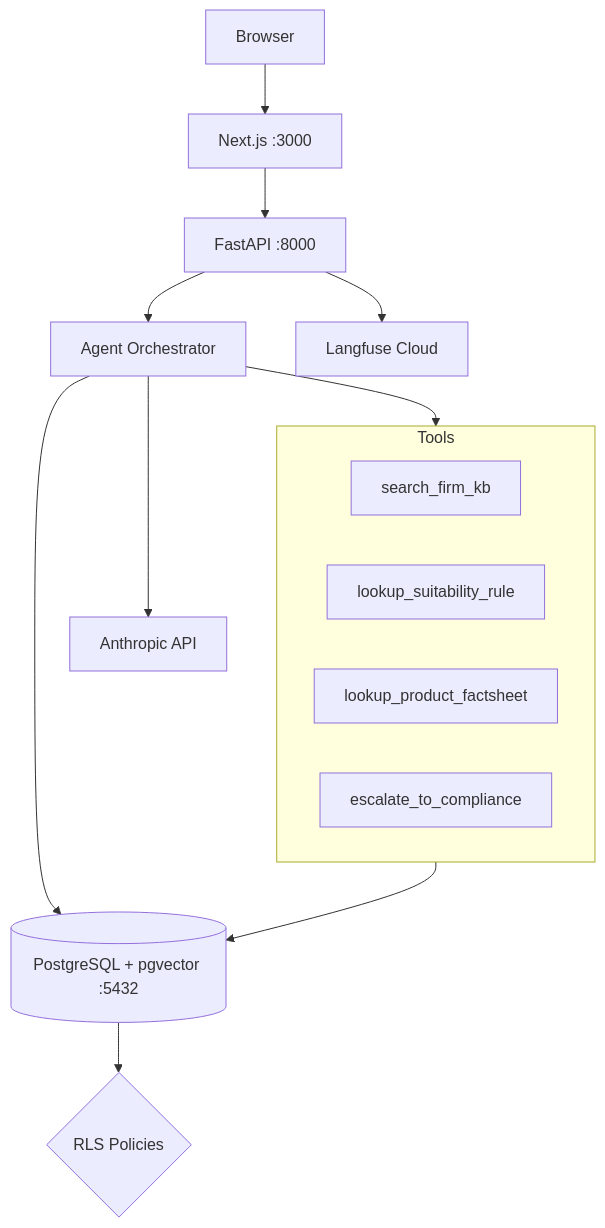
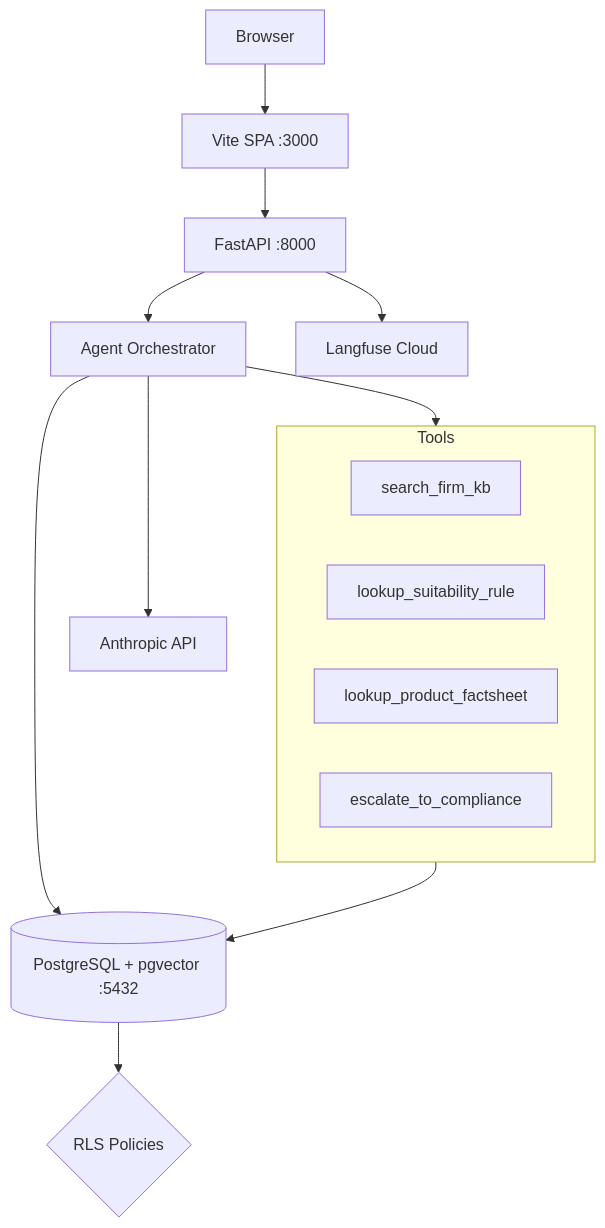
Before and after one commit to Keshav0375/FinAdvisor: the diagram in README.md, drawn with Mermaid. The commit also changed other lines of this file and 39 other files, not shown here.

First line of the commit message:
E8-T1: Replace Next.js 14 with a Vite React 19 TS scaffold

````diff
--- a/README.md
+++ b/README.md
@@ -9,20 +9,20 @@
 ```mermaid
 graph TB
-    User[Browser] --> Frontend[Next.js :3000]
+    User[Browser] --> Frontend[Vite SPA :3000]
     Frontend --> Backend[FastAPI :8000]
     Backend --> Agent[Agent Orchestrator]
     Agent --> PGVector[(PostgreSQL + pgvector :5432)]
     Agent --> Claude[Anthropic API]
     Backend --> LangFuse[Langfuse Cloud]
     PGVector --> RLS{RLS Policies}
 
     subgraph Tools
         SearchKB[search_firm_kb]
         LookupSuit[lookup_suitability_rule]
         LookupFact[lookup_product_factsheet]
         Escalate[escalate_to_compliance]
     end
 
     Agent --> Tools
     Tools --> PGVector
 ```
````
